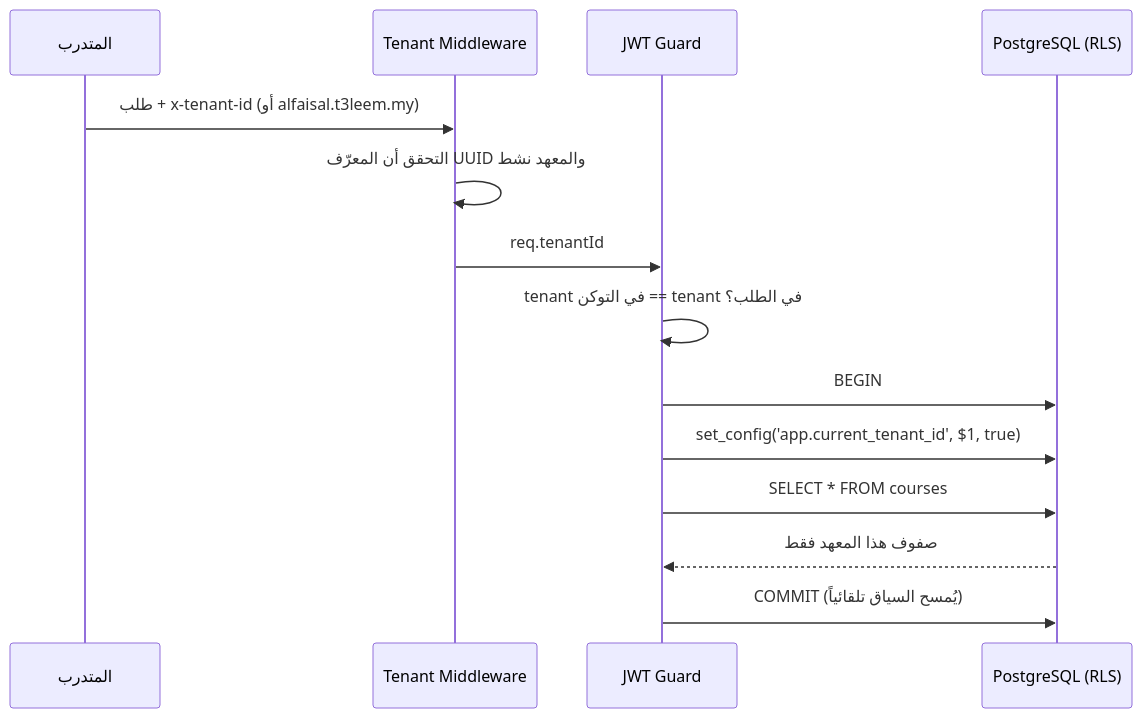
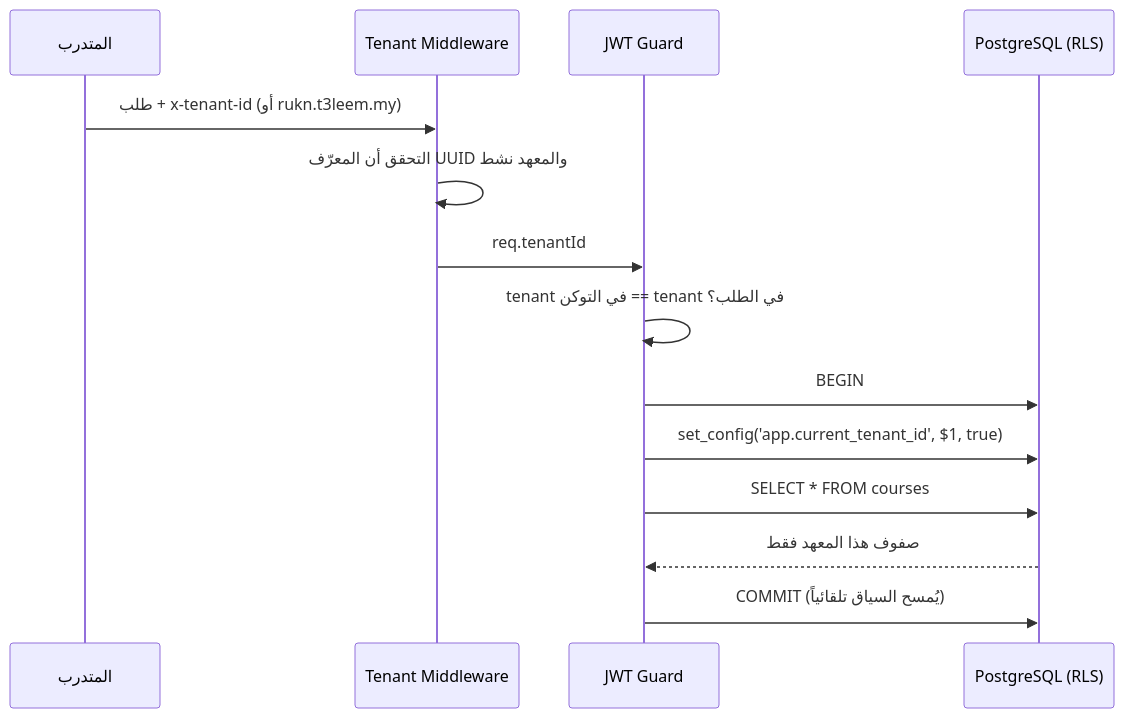
The second of 3 diagrams in README.md (msafr5-web/T3leem.my), drawn with Mermaid before and after one commit. The commit also changed other lines of this file and 20 other files, not shown here.

````diff
--- a/README.md
+++ b/README.md
@@ -71,17 +71,17 @@
 ```mermaid
 sequenceDiagram
     participant U as المتدرب
     participant MW as Tenant Middleware
     participant Auth as JWT Guard
     participant DB as PostgreSQL (RLS)
 
-    U->>MW: طلب + x-tenant-id (أو alfaisal.t3leem.my)
+    U->>MW: طلب + x-tenant-id (أو rukn.t3leem.my)
     MW->>MW: التحقق أن المعرّف UUID والمعهد نشط
     MW->>Auth: req.tenantId
     Auth->>Auth: tenant في التوكن == tenant في الطلب؟
     Auth->>DB: BEGIN
     Auth->>DB: set_config('app.current_tenant_id', $1, true)
     Auth->>DB: SELECT * FROM courses
     DB-->>Auth: صفوف هذا المعهد فقط
     Auth->>DB: COMMIT (يُمسح السياق تلقائياً)
 ```
````
